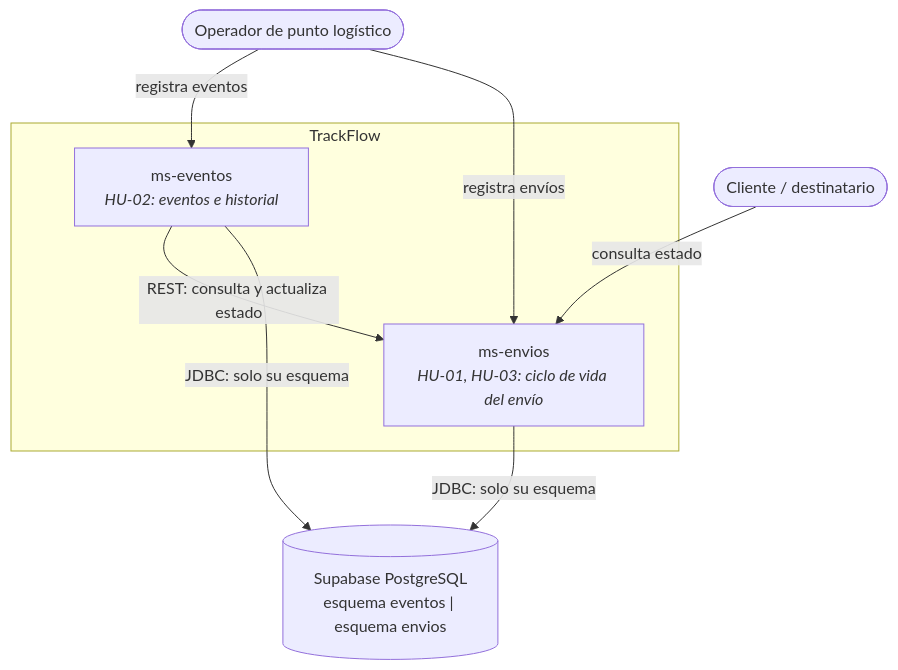
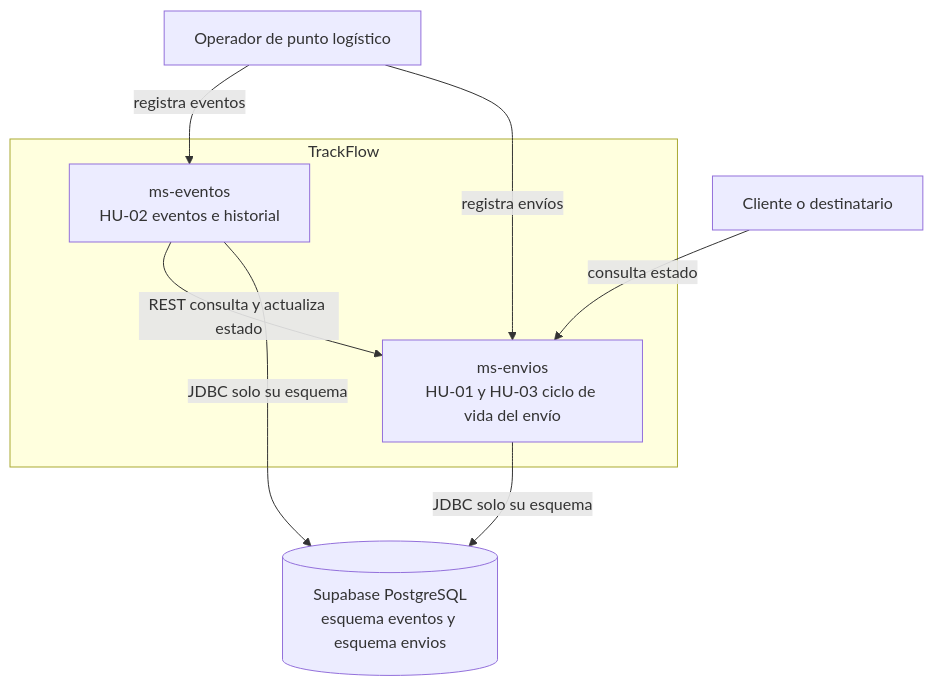
One commit to EynerCG/ms-eventos-HU-02 changed the third of 4 diagrams in docs/arquitectura/diagrama-paquetes-componentes.md. Above: the diagram before and after it, drawn with Mermaid. The commit also changed other lines of this file and 1 other file, not shown here.

First line of the commit message:
fix: corregir sintaxis Mermaid para que los diagramas rendericen en GitHub

````diff
--- a/docs/arquitectura/diagrama-paquetes-componentes.md
+++ b/docs/arquitectura/diagrama-paquetes-componentes.md
@@ -159,19 +150,19 @@
 ```mermaid
 graph TB
-    OP(["Operador de punto logístico"])
-    CLI(["Cliente / destinatario"])
+    OP["Operador de punto logístico"]
+    CLI["Cliente o destinatario"]
 
     subgraph TF["TrackFlow"]
-        MSE["ms-eventos<br/><i>HU-02: eventos e historial</i>"]
-        MSN["ms-envios<br/><i>HU-01, HU-03: ciclo de vida del envío</i>"]
+        MSE["ms-eventos<br/>HU-02 eventos e historial"]
+        MSN["ms-envios<br/>HU-01 y HU-03 ciclo de vida del envío"]
     end
 
-    DB[("Supabase PostgreSQL<br/>esquema eventos | esquema envios")]
+    DB[("Supabase PostgreSQL<br/>esquema eventos y esquema envios")]
 
-    OP -->|registra eventos| MSE
-    OP -->|registra envíos| MSN
-    CLI -->|consulta estado| MSN
-    MSE -->|REST: consulta y actualiza estado| MSN
-    MSE -->|JDBC: solo su esquema| DB
-    MSN -->|JDBC: solo su esquema| DB
+    OP -->|"registra eventos"| MSE
+    OP -->|"registra envíos"| MSN
+    CLI -->|"consulta estado"| MSN
+    MSE -->|"REST consulta y actualiza estado"| MSN
+    MSE -->|"JDBC solo su esquema"| DB
+    MSN -->|"JDBC solo su esquema"| DB
 ```
````
